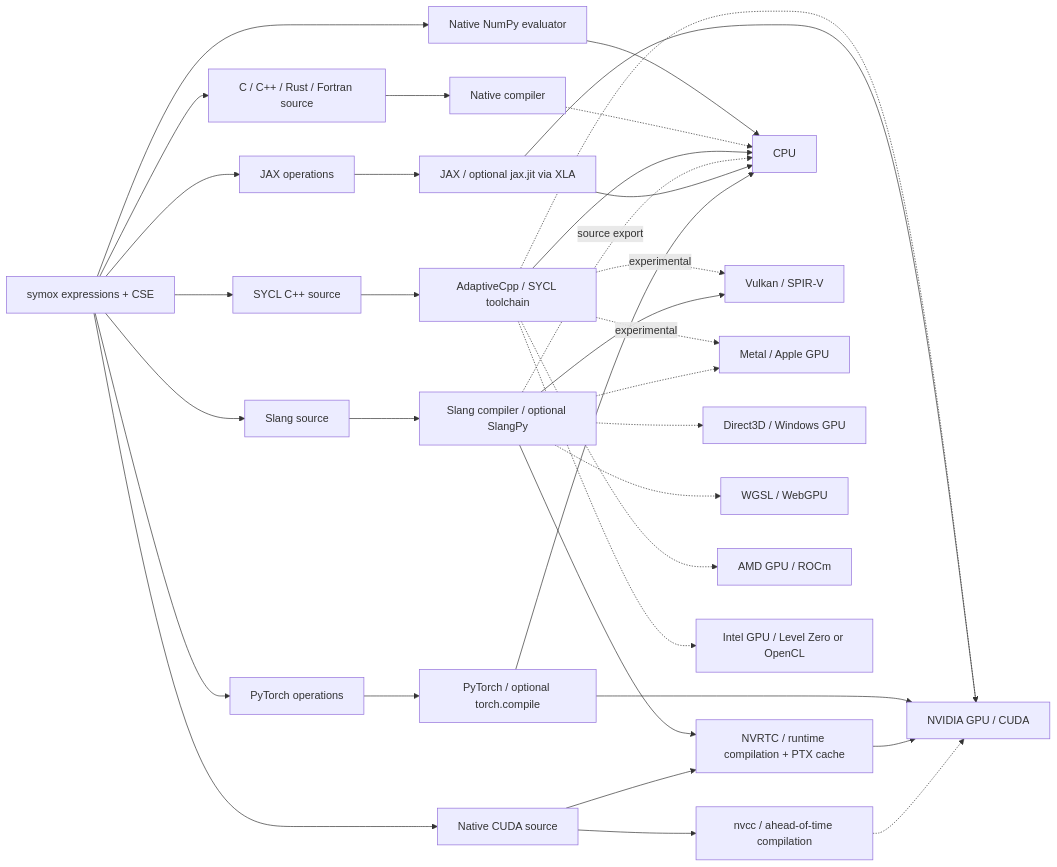
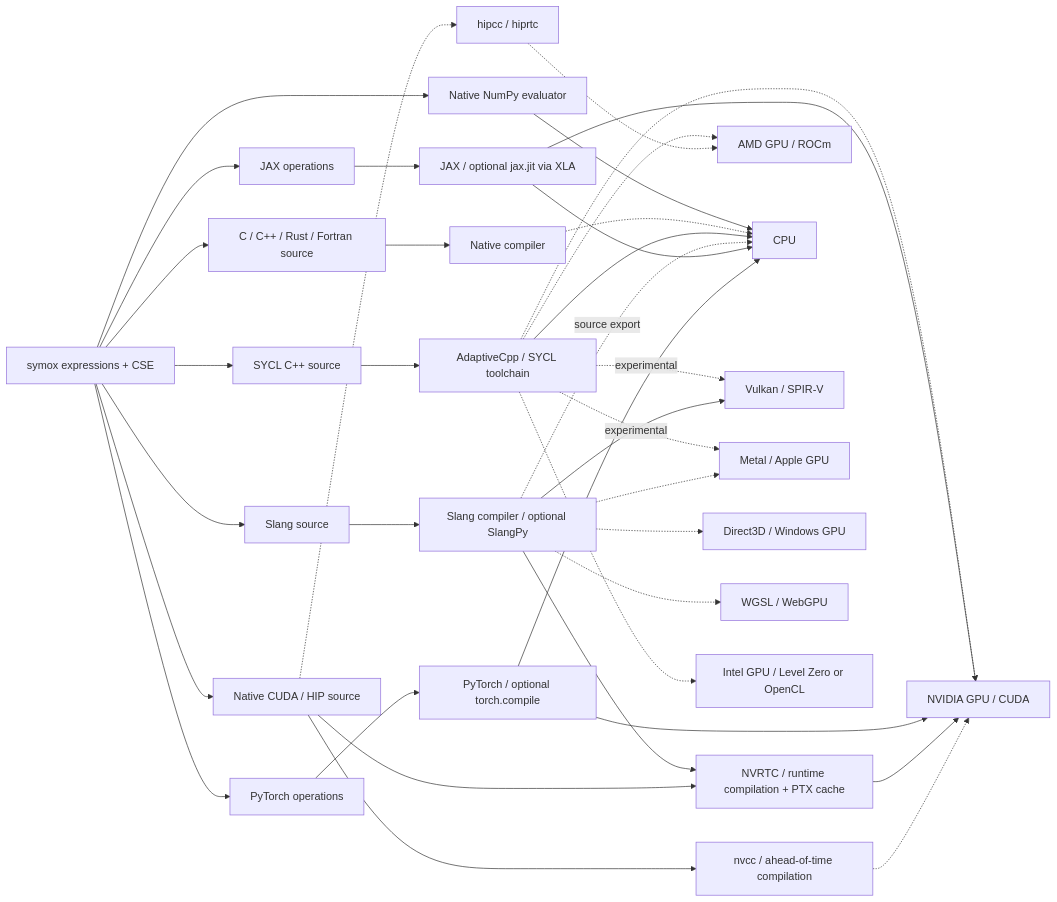
Before and after one commit to keckj/symox: the diagram in docs/codegen/overview.md, drawn with Mermaid. The commit also changed other lines of this file and 63 other files, not shown here.

````diff
--- a/docs/codegen/overview.md
+++ b/docs/codegen/overview.md
@@ -28,39 +30,40 @@
 ```mermaid
 flowchart LR
-    E["symox expressions + CSE"] --> N["Native CUDA source"]
+    E["symox expressions + CSE"] --> N["Native CUDA / HIP source"]
     N --> NV["nvcc / ahead-of-time compilation"] -.-> CU["NVIDIA GPU / CUDA"]
     N --> RTC["NVRTC / runtime compilation + PTX cache"]
     RTC --> CU
+    N -.-> HIP["hipcc / hiprtc"] -.-> AMD["AMD GPU / ROCm"]
 
     E --> P["PyTorch operations"]
     P --> PT["PyTorch / optional torch.compile"]
     PT --> CU
     PT --> CPU["CPU"]
 
     E --> J["JAX operations"]
     J --> X["JAX / optional jax.jit via XLA"]
     X --> CU
     X --> CPU
 
     E --> S["Slang source"]
     S --> SC["Slang compiler / optional SlangPy"]
     SC --> RTC
     SC --> V["Vulkan / SPIR-V"]
     SC -.-> M["Metal / Apple GPU"]
     SC -.-> D["Direct3D / Windows GPU"]
     SC -.-> W["WGSL / WebGPU"]
     SC -.->|source export| CPU
 
     E --> Y["SYCL C++ source"]
     Y --> A["AdaptiveCpp / SYCL toolchain"]
     A --> CPU
     A -.-> CU
-    A -.-> AMD["AMD GPU / ROCm"]
+    A -.-> AMD
     A -.-> INTEL["Intel GPU / Level Zero or OpenCL"]
     A -.->|experimental| M
     A -.->|experimental| V
 
     E --> C["C / C++ / Rust / Fortran source"]
     C --> CC["Native compiler"] -.-> CPU
     E --> NP["Native NumPy evaluator"] --> CPU
 ```
````
